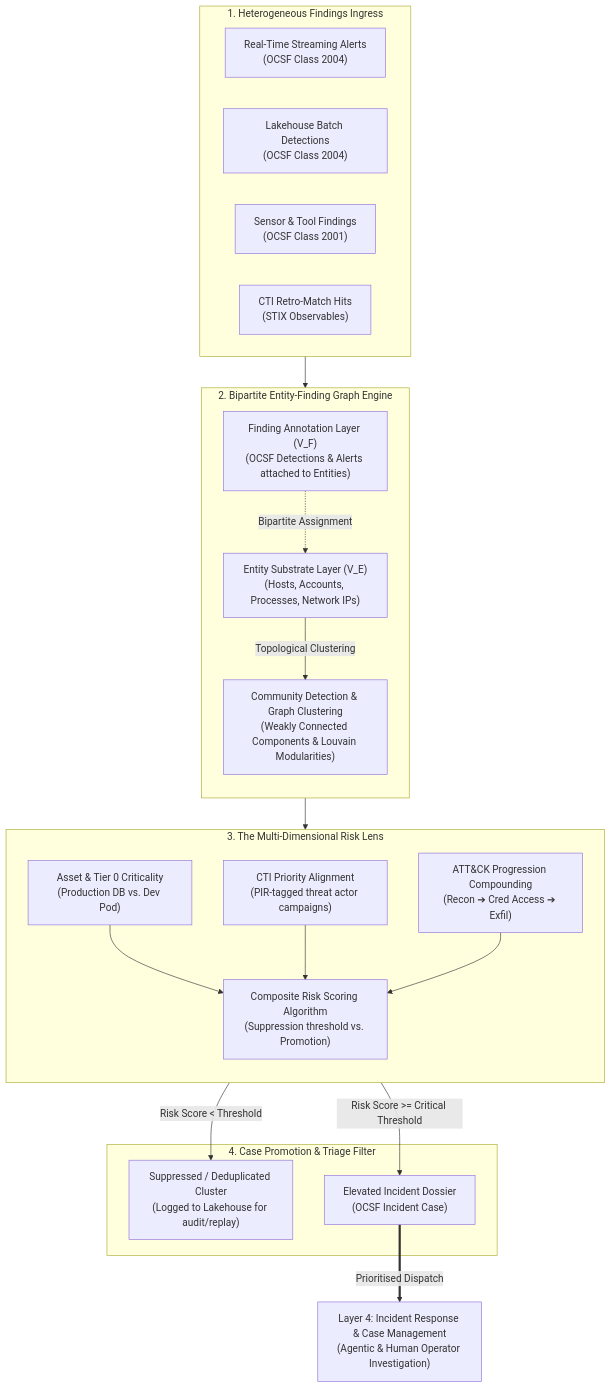
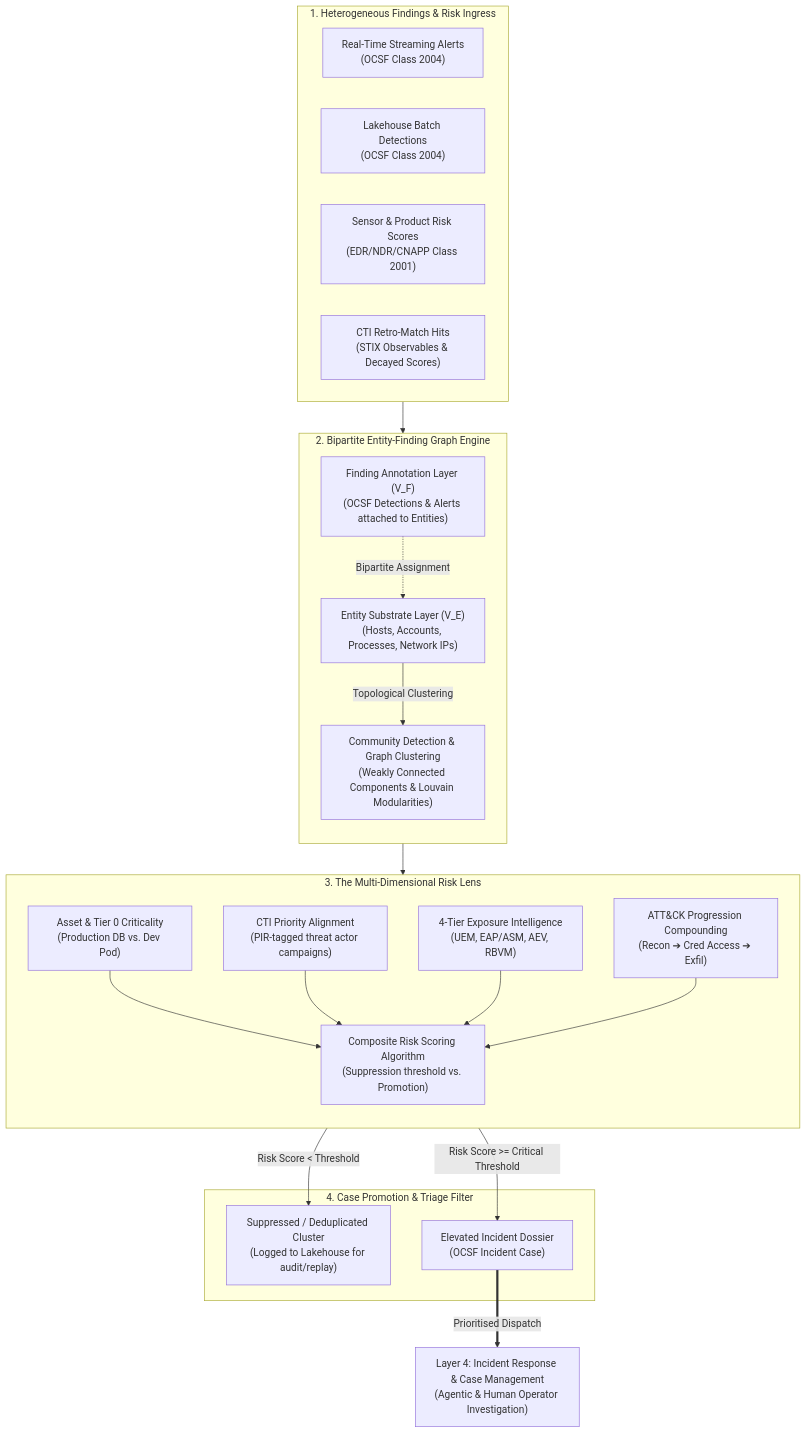
One commit to Haribu/TIDIR changed the seventh of 7 diagrams in docs/architecture/06-layer-3-threat-intel-detection.md. Above: the diagram before and after it, drawn with Mermaid. The commit also changed other lines of this file and 17 other files, not shown here.

Commit message:
feat(architecture): add workflow orchestration ADR-0027, OpenID SSE actuation, 4-tier exposure ingress, and multi-source risk calibration (v1.17.0)

````diff
--- a/docs/architecture/06-layer-3-threat-intel-detection.md
+++ b/docs/architecture/06-layer-3-threat-intel-detection.md
@@ -353,44 +353,46 @@
 ```mermaid
 flowchart TB
-  subgraph IngressFindings ["1. Heterogeneous Findings Ingress"]
+  subgraph IngressFindings ["1. Heterogeneous Findings & Risk Ingress"]
     direction LR
     F_STREAM["Real-Time Streaming Alerts\n(OCSF Class 2004)"]
     F_BATCH["Lakehouse Batch Detections\n(OCSF Class 2004)"]
-    F_SECURITY["Sensor & Tool Findings\n(OCSF Class 2001)"]
-    F_INTEL["CTI Retro-Match Hits\n(STIX Observables)"]
+    F_SECURITY["Sensor & Product Risk Scores\n(EDR/NDR/CNAPP Class 2001)"]
+    F_INTEL["CTI Retro-Match Hits\n(STIX Observables & Decayed Scores)"]
   end
 
   subgraph BipartiteGraphEngine ["2. Bipartite Entity-Finding Graph Engine"]
     direction TB
     ENTITY_LAYER["Entity Substrate Layer (V_E)\n(Hosts, Accounts, Processes, Network IPs)"]
     FINDING_LAYER["Finding Annotation Layer (V_F)\n(OCSF Detections & Alerts attached to Entities)"]
     COMMUNITY["Community Detection & Graph Clustering\n(Weakly Connected Components & Louvain Modularities)"]
     
     FINDING_LAYER -.->|Bipartite Assignment| ENTITY_LAYER
     ENTITY_LAYER -->|Topological Clustering| COMMUNITY
   end
 
   subgraph RiskLens ["3. The Multi-Dimensional Risk Lens"]
     direction TB
     RL_ASSET["Asset & Tier 0 Criticality\n(Production DB vs. Dev Pod)"]
     RL_CTI["CTI Priority Alignment\n(PIR-tagged threat actor campaigns)"]
+    RL_EXPO["4-Tier Exposure Intelligence\n(UEM, EAP/ASM, AEV, RBVM)"]
     RL_STAGE["ATT&CK Progression Compounding\n(Recon ➔ Cred Access ➔ Exfil)"]
     RL_SCORE["Composite Risk Scoring Algorithm\n(Suppression threshold vs. Promotion)"]
 
     RL_ASSET --> RL_SCORE
     RL_CTI --> RL_SCORE
+    RL_EXPO --> RL_SCORE
     RL_STAGE --> RL_SCORE
   end
 
   subgraph PromotionDecision ["4. Case Promotion & Triage Filter"]
     NOISE["Suppressed / Deduplicated Cluster\n(Logged to Lakehouse for audit/replay)"]
     CASE_PROMOTED["Elevated Incident Dossier\n(OCSF Incident Case)"]
   end
 
   IngressFindings --> FINDING_LAYER
   COMMUNITY --> RiskLens
   RL_SCORE -->|Risk Score < Threshold| NOISE
   RL_SCORE -->|Risk Score >= Critical Threshold| CASE_PROMOTED
 
   CASE_PROMOTED ==>|Prioritised Dispatch| L4_ENG["Layer 4: Incident Response & Case Management\n(Agentic & Human Operator Investigation)"]
 ```
````
